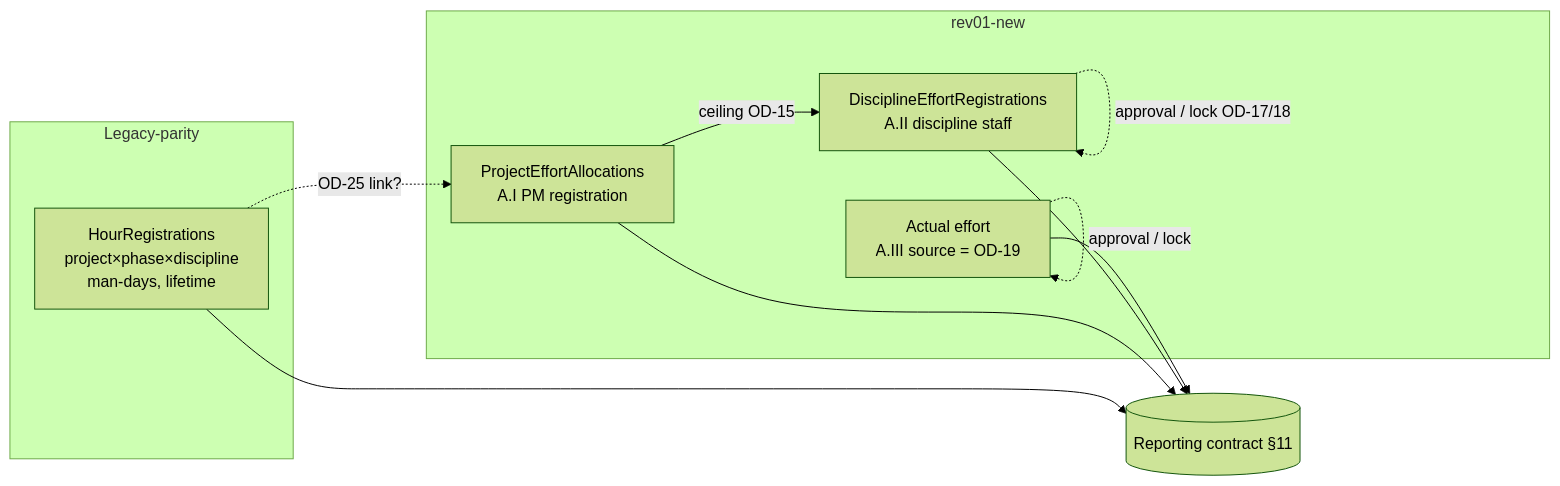
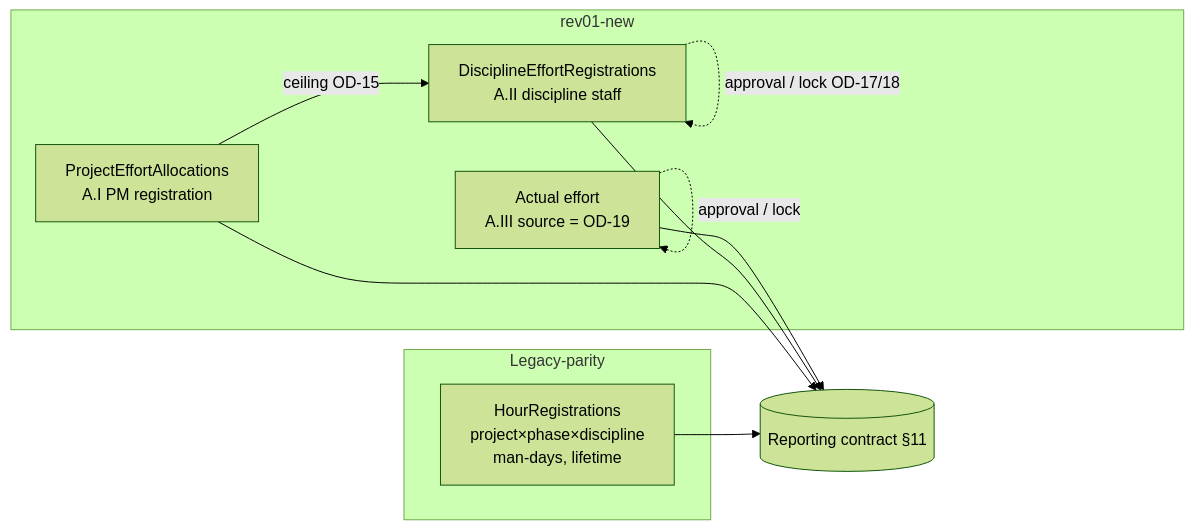
Before and after one commit to tsaodemt/TimeSheet: the first of 3 diagrams in openspec/changes/r3-planning-effort-hour-registration/design.md, drawn with Mermaid (forest theme). The commit also changed other lines of this file and 8 other files, not shown here.

````diff
--- a/openspec/changes/r3-planning-effort-hour-registration/design.md
+++ b/openspec/changes/r3-planning-effort-hour-registration/design.md
@@ -38,16 +39,15 @@
 ```mermaid
 flowchart LR
   subgraph Legacy-parity
     HR[HourRegistrations<br/>project×phase×discipline<br/>man-days, lifetime]
   end
   subgraph rev01-new
     PA[ProjectEffortAllocations<br/>A.I PM registration]
     DR[DisciplineEffortRegistrations<br/>A.II discipline staff]
     AE[Actual effort<br/>A.III source = OD-19]
   end
-  HR -. OD-25 link? .-> PA
   PA -- ceiling OD-15 --> DR
   DR -. approval / lock OD-17/18 .-> DR
   AE -. approval / lock .-> AE
   HR & PA & DR & AE --> RC[(Reporting contract §11)]
 ```
````
